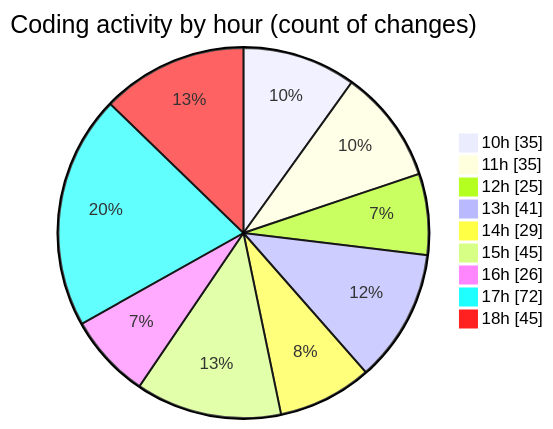
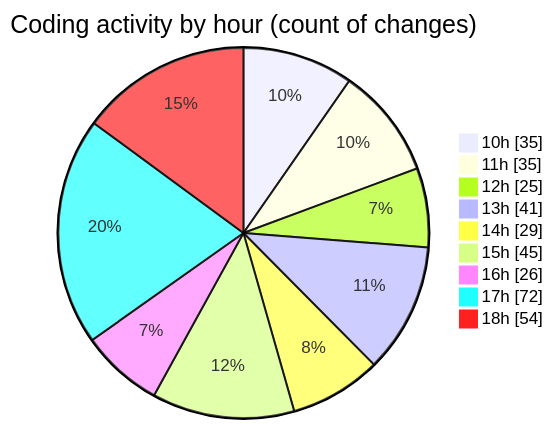
The second of 2 diagrams in 2025-03-26/cda/README.md (momahboobian/code-tracking), drawn with Mermaid before and after one commit. The commit also changed other lines of this file and 1 other file, not shown here.

````diff
--- a/2025-03-26/cda/README.md
+++ b/2025-03-26/cda/README.md
@@ -55,13 +55,13 @@
 ```mermaid
 pie showData
 title Coding activity by hour (count of changes)
 "10h" : 35
 "11h" : 35
 "12h" : 25
 "13h" : 41
 "14h" : 29
 "15h" : 45
 "16h" : 26
 "17h" : 72
-"18h" : 45
+"18h" : 54
 ```
````
